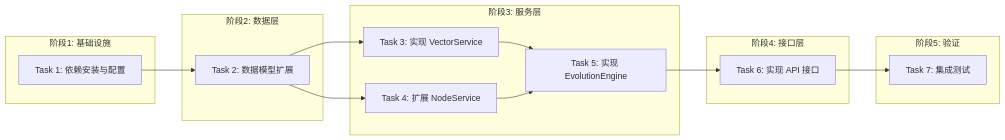
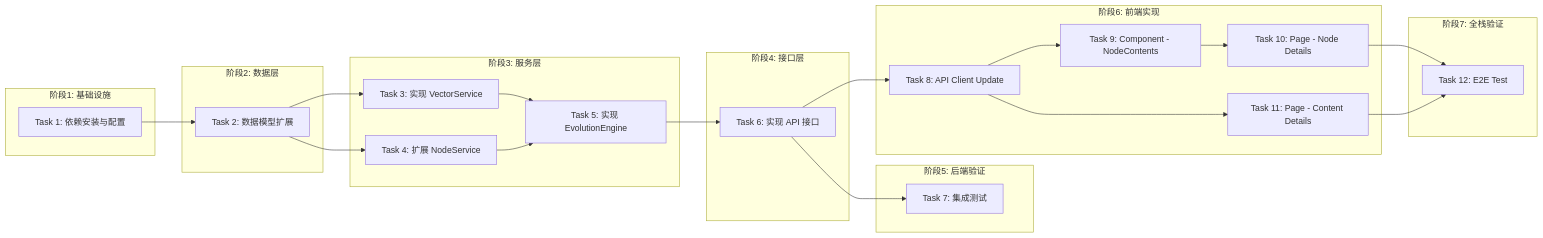
Before and after one commit to demo112/knowledge_Live_radar: the diagram in docs/features/pyramid-evolution/tasks.md, drawn with Mermaid. The commit also changed other lines of this file and 6 other files, not shown here.

````diff
--- a/docs/features/pyramid-evolution/tasks.md
+++ b/docs/features/pyramid-evolution/tasks.md
@@ -14,28 +14,43 @@
 ```mermaid
 graph LR
   subgraph 阶段1: 基础设施
     T1[Task 1: 依赖安装与配置]
   end
   subgraph 阶段2: 数据层
     T2[Task 2: 数据模型扩展]
   end
   subgraph 阶段3: 服务层
     T3[Task 3: 实现 VectorService]
     T4[Task 4: 扩展 NodeService]
     T5[Task 5: 实现 EvolutionEngine]
   end
   subgraph 阶段4: 接口层
     T6[Task 6: 实现 API 接口]
   end
-  subgraph 阶段5: 验证
+  subgraph 阶段5: 后端验证
     T7[Task 7: 集成测试]
+  end
+  subgraph 阶段6: 前端实现
+    T8[Task 8: API Client Update]
+    T9[Task 9: Component - NodeContents]
+    T10[Task 10: Page - Node Details]
+    T11[Task 11: Page - Content Details]
+  end
+  subgraph 阶段7: 全栈验证
+    T12[Task 12: E2E Test]
   end
 
   T1 --> T2
   T2 --> T3
   T2 --> T4
   T3 --> T5
   T4 --> T5
   T5 --> T6
   T6 --> T7
+  T6 --> T8
+  T8 --> T9
+  T9 --> T10
+  T8 --> T11
+  T10 --> T12
+  T11 --> T12
 ```
````
